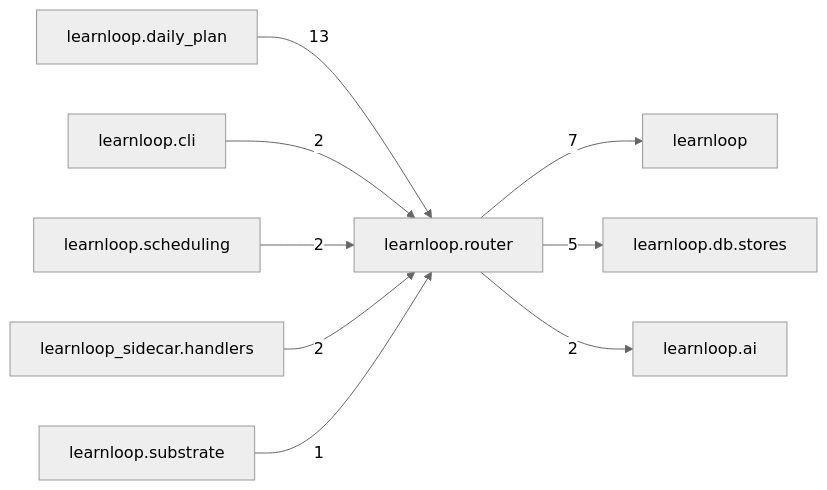
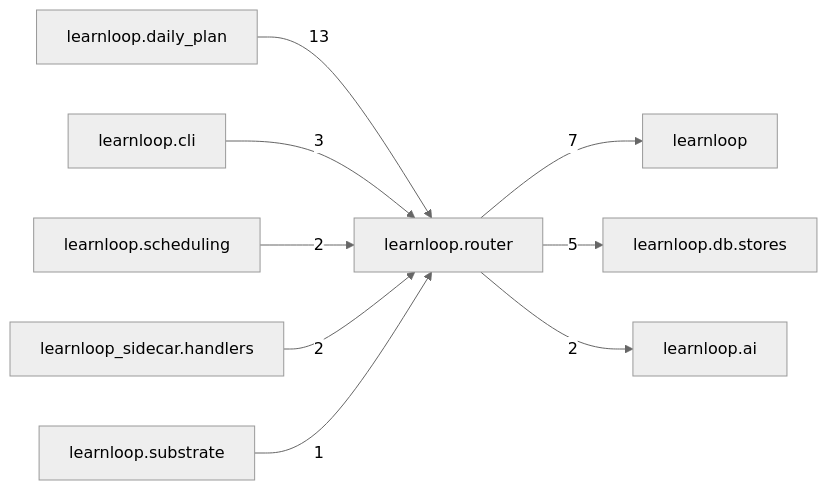
The diagram in docs/learnloop-architecture-vault/Reference/Modules/learnloop/router/_package.md (6up-b/learnanything), drawn with Mermaid (neutral theme) before and after one commit. The commit also changed other lines of this file and 512 other files, not shown here.

````diff
--- a/docs/learnloop-architecture-vault/Reference/Modules/learnloop/router/_package.md
+++ b/docs/learnloop-architecture-vault/Reference/Modules/learnloop/router/_package.md
@@ -87,20 +89,20 @@
 ```mermaid
 flowchart LR
     center["learnloop.router"]
     n_learnloop_daily_plan["learnloop.daily_plan"]
     n_learnloop["learnloop"]
     n_learnloop_db_stores["learnloop.db.stores"]
+    n_learnloop_cli["learnloop.cli"]
     n_learnloop_ai["learnloop.ai"]
-    n_learnloop_cli["learnloop.cli"]
     n_learnloop_scheduling["learnloop.scheduling"]
     n_learnloop_sidecar_handlers["learnloop_sidecar.handlers"]
     n_learnloop_substrate["learnloop.substrate"]
     n_learnloop_daily_plan -->|13| center
     center -->|7| n_learnloop
     center -->|5| n_learnloop_db_stores
+    n_learnloop_cli -->|3| center
     center -->|2| n_learnloop_ai
-    n_learnloop_cli -->|2| center
     n_learnloop_scheduling -->|2| center
     n_learnloop_sidecar_handlers -->|2| center
     n_learnloop_substrate -->|1| center
 ```
````
